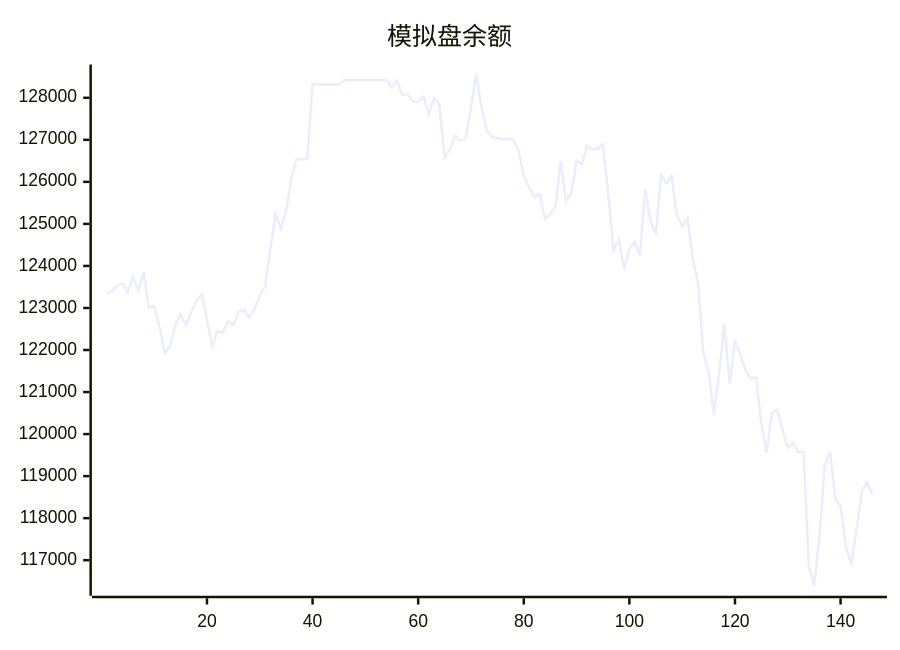
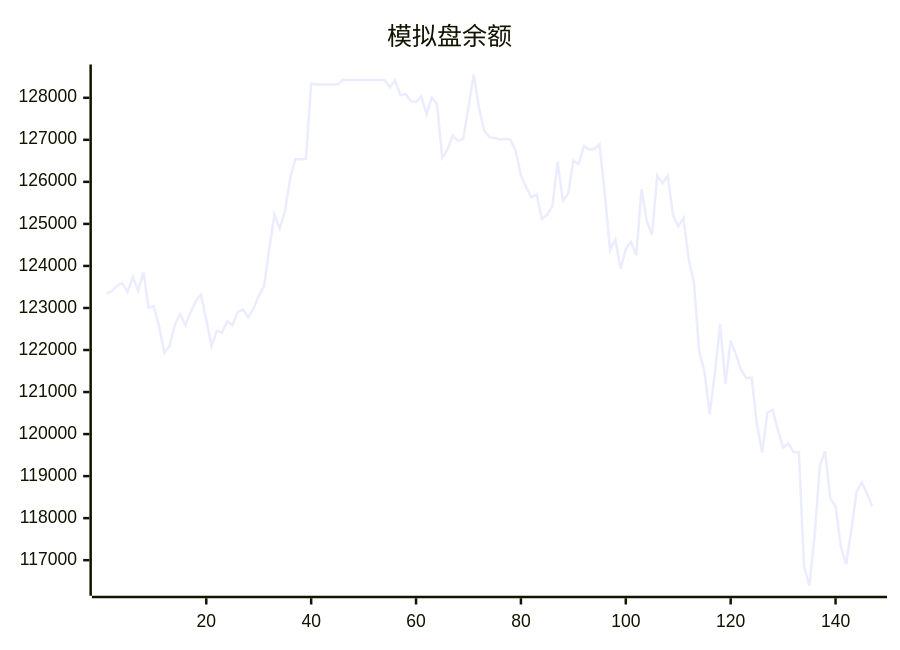
One commit to aahl/ai-trading changed the diagram in README.md. Above: the diagram before and after it, drawn with Mermaid. The commit also changed other lines of this file and 1 other file, not shown here.

````diff
--- a/README.md
+++ b/README.md
@@ -5,5 +5,5 @@
 ```mermaid
 xychart
     title "模拟盘余额"
-    line [123338,123402,123530,123592,123378,123745,123413,123853,123009,123040,122557,121938,122095,122599,122856,122597,122898,123160,123319,122719,122087,122454,122416,122685,122592,122907,122961,122776,122981,123295,123507,124403,125224,124894,125303,126088,126544,126534,126549,128335,128318,128318,128318,128318,128318,128424,128424,128424,128424,128424,128424,128424,128424,128424,128247,128412,128062,128087,127917,127901,128026,127611,128000,127850,126572,126770,127100,126971,127029,127783,128554,127765,127224,127064,127044,127009,127025,127004,126738,126152,125871,125635,125707,125117,125217,125420,126480,125545,125715,126511,126424,126856,126764,126788,126890,125710,124381,124632,123936,124402,124574,124256,125833,125070,124739,126154,125966,126145,125213,124943,125143,124157,123604,121959,121476,120476,121470,122610,121201,122221,121889,121522,121332,121344,120232,119559,120513,120577,120108,119680,119777,119572,119568,116839,116392,117573,119250,119585,118469,118277,117338,116897,117706,118628,118849,118579]
+    line [123338,123402,123530,123592,123378,123745,123413,123853,123009,123040,122557,121938,122095,122599,122856,122597,122898,123160,123319,122719,122087,122454,122416,122685,122592,122907,122961,122776,122981,123295,123507,124403,125224,124894,125303,126088,126544,126534,126549,128335,128318,128318,128318,128318,128318,128424,128424,128424,128424,128424,128424,128424,128424,128424,128247,128412,128062,128087,127917,127901,128026,127611,128000,127850,126572,126770,127100,126971,127029,127783,128554,127765,127224,127064,127044,127009,127025,127004,126738,126152,125871,125635,125707,125117,125217,125420,126480,125545,125715,126511,126424,126856,126764,126788,126890,125710,124381,124632,123936,124402,124574,124256,125833,125070,124739,126154,125966,126145,125213,124943,125143,124157,123604,121959,121476,120476,121470,122610,121201,122221,121889,121522,121332,121344,120232,119559,120513,120577,120108,119680,119777,119572,119568,116839,116392,117573,119250,119585,118469,118277,117338,116897,117706,118628,118849,118579,118280]
 ```
````
